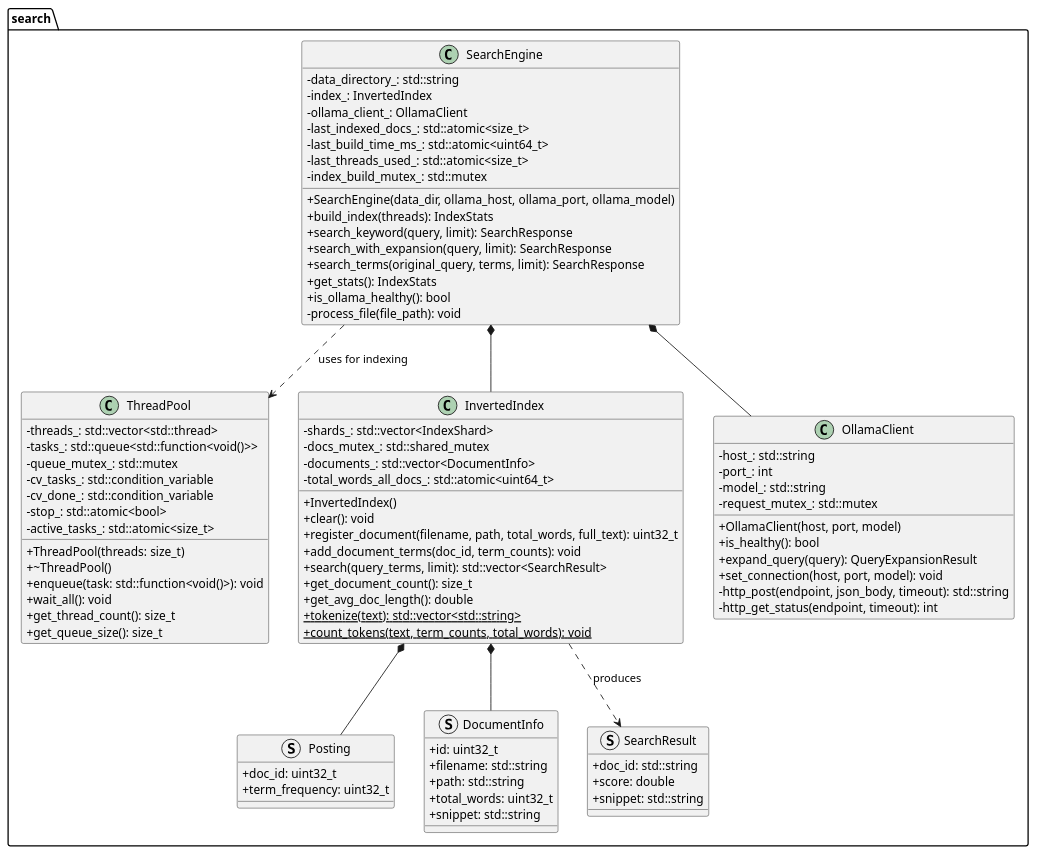
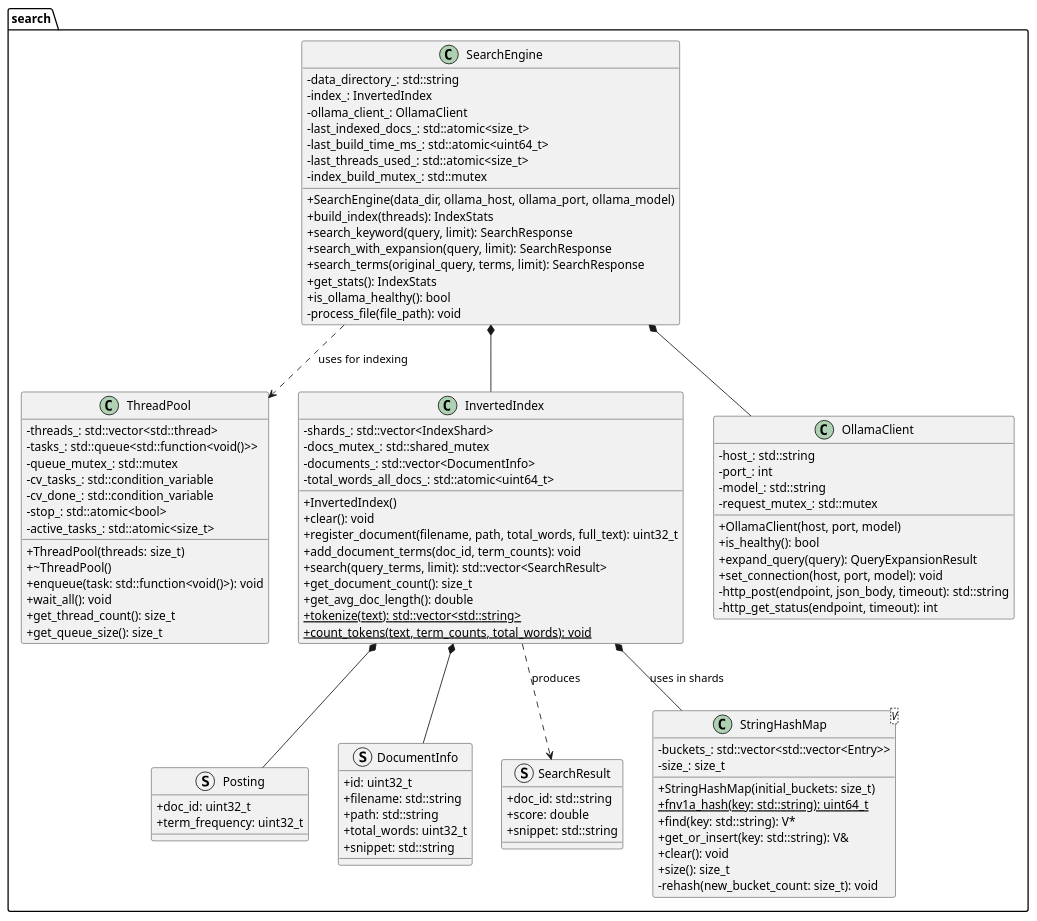
One commit to nothome2005/PO_cursova_maslov changed the diagram in docs/uml/class_diagram.puml. Above: the diagram before and after it, drawn with PlantUML. The commit also changed 6 other files, not shown here.

Commit message:
docs(uml): оновлено діаграму класів, прокоментований код, промову та графіки

```diff
--- a/docs/uml/class_diagram.puml
+++ b/docs/uml/class_diagram.puml
@@ -1,94 +1,107 @@
 @startuml ClassDiagram
 skinparam classAttributeIconSize 0
 
 package "search" {
     class ThreadPool {
         - threads_: std::vector<std::thread>
         {field} - tasks_: std::queue<std::function<void()>>
         - queue_mutex_: std::mutex
         - cv_tasks_: std::condition_variable
         - cv_done_: std::condition_variable
         - stop_: std::atomic<bool>
         - active_tasks_: std::atomic<size_t>
         + ThreadPool(threads: size_t)
         + ~ThreadPool()
         + enqueue(task: std::function<void()>): void
         + wait_all(): void
         + get_thread_count(): size_t
         + get_queue_size(): size_t
     }
 
     struct Posting {
         + doc_id: uint32_t
         + term_frequency: uint32_t
     }
 
     struct DocumentInfo {
         + id: uint32_t
         + filename: std::string
         + path: std::string
         + total_words: uint32_t
         + snippet: std::string
     }
 
     struct SearchResult {
         + doc_id: std::string
         + score: double
         + snippet: std::string
+    }
+
+    class "StringHashMap<V>" as StringHashMap {
+        - buckets_: std::vector<std::vector<Entry>>
+        - size_: size_t
+        + StringHashMap(initial_buckets: size_t)
+        + {static} fnv1a_hash(key: std::string): uint64_t
+        + find(key: std::string): V*
+        + get_or_insert(key: std::string): V&
+        + clear(): void
+        + size(): size_t
+        - rehash(new_bucket_count: size_t): void
     }
 
     class InvertedIndex {
         - shards_: std::vector<IndexShard>
         - docs_mutex_: std::shared_mutex
         - documents_: std::vector<DocumentInfo>
         - total_words_all_docs_: std::atomic<uint64_t>
         + InvertedIndex()
         + clear(): void
         + register_document(filename, path, total_words, full_text): uint32_t
         + add_document_terms(doc_id, term_counts): void
         + search(query_terms, limit): std::vector<SearchResult>
         + get_document_count(): size_t
         + get_avg_doc_length(): double
         + {static} tokenize(text): std::vector<std::string>
         + {static} count_tokens(text, term_counts, total_words): void
     }
 
     class OllamaClient {
         - host_: std::string
         - port_: int
         - model_: std::string
         - request_mutex_: std::mutex
         + OllamaClient(host, port, model)
         + is_healthy(): bool
         + expand_query(query): QueryExpansionResult
         + set_connection(host, port, model): void
         - http_post(endpoint, json_body, timeout): std::string
         - http_get_status(endpoint, timeout): int
     }
 
     class SearchEngine {
         - data_directory_: std::string
         - index_: InvertedIndex
         - ollama_client_: OllamaClient
         - last_indexed_docs_: std::atomic<size_t>
         - last_build_time_ms_: std::atomic<uint64_t>
         - last_threads_used_: std::atomic<size_t>
         - index_build_mutex_: std::mutex
         + SearchEngine(data_dir, ollama_host, ollama_port, ollama_model)
         + build_index(threads): IndexStats
         + search_keyword(query, limit): SearchResponse
         + search_with_expansion(query, limit): SearchResponse
         + search_terms(original_query, terms, limit): SearchResponse
         + get_stats(): IndexStats
         + is_ollama_healthy(): bool
         - process_file(file_path): void
     }
 }
 
 InvertedIndex *-- Posting
 InvertedIndex *-- DocumentInfo
+InvertedIndex *-- StringHashMap : uses in shards
 InvertedIndex ..> SearchResult : produces
 SearchEngine *-- InvertedIndex
 SearchEngine *-- OllamaClient
 SearchEngine ..> ThreadPool : uses for indexing
 @enduml
```
